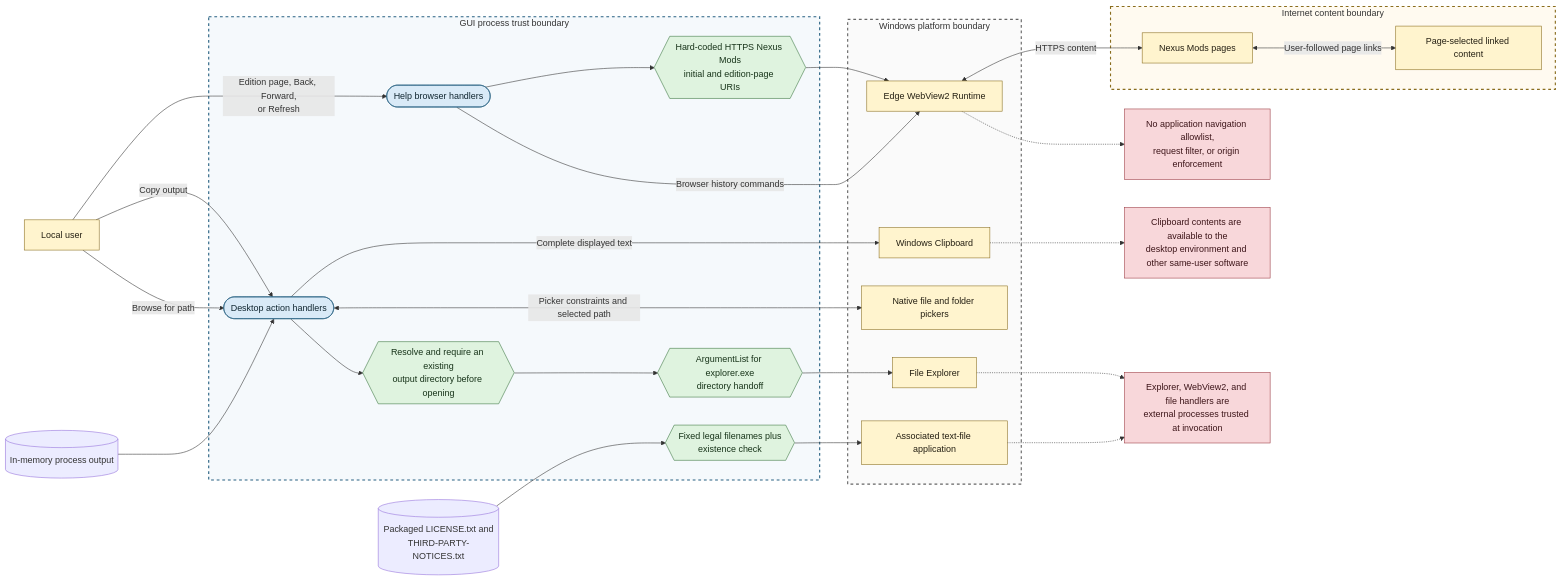
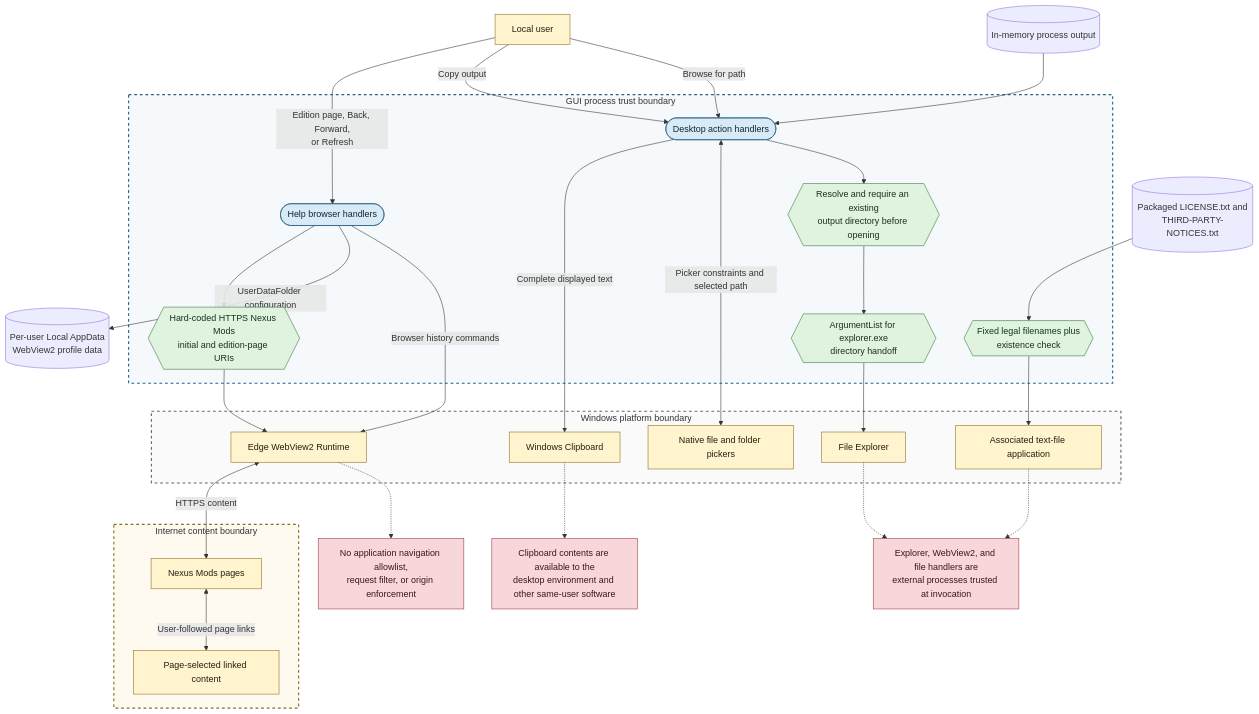
The second of 2 diagrams in docs/architecture/diagrams/security/webview-and-desktop-integration-security.md (Arron-Dominion/ChampollionGraphicalUserInterface), drawn with Mermaid before and after one commit. The commit also changed other lines of this file and 16 other files, not shown here.

First line of the commit message:
Fixed WebView2 (#3)

````diff
--- a/docs/architecture/diagrams/security/webview-and-desktop-integration-security.md
+++ b/docs/architecture/diagrams/security/webview-and-desktop-integration-security.md
@@ -33,59 +33,61 @@
 ```mermaid
-flowchart LR
+flowchart TB
     user["Local user"]:::external
 
     subgraph guiBoundary["GUI process trust boundary"]
         help(["Help browser handlers"]):::component
         desktop(["Desktop action handlers"]):::component
         fixedUris{{"Hard-coded HTTPS Nexus Mods<br/>initial and edition-page URIs"}}:::control
         fixedDocs{{"Fixed legal filenames plus<br/>existence check"}}:::control
         existingFolder{{"Resolve and require an existing<br/>output directory before opening"}}:::control
         structuredShell{{"ArgumentList for explorer.exe<br/>directory handoff"}}:::control
     end
 
     subgraph osBoundary["Windows platform boundary"]
         webView["Edge WebView2 Runtime"]:::external
         clipboard["Windows Clipboard"]:::external
         explorer["File Explorer"]:::external
         associatedApp["Associated text-file application"]:::external
         pickers["Native file and folder pickers"]:::external
     end
 
     subgraph internetBoundary["Internet content boundary"]
         nexus["Nexus Mods pages"]:::external
         linkedSites["Page-selected linked content"]:::external
     end
 
     legal[("Packaged LICENSE.txt and<br/>THIRD-PARTY-NOTICES.txt")]
     output[("In-memory process output")]
+    webViewData[("Per-user Local AppData<br/>WebView2 profile data")]
 
     user -->|"Edition page, Back, Forward,<br/>or Refresh"| help
     help --> fixedUris --> webView
+    help -->|"UserDataFolder configuration"| webViewData
     webView <-->|"HTTPS content"| nexus
     nexus <-->|"User-followed page links"| linkedSites
     help -->|"Browser history commands"| webView
 
     user -->|"Copy output"| desktop
     output --> desktop -->|"Complete displayed text"| clipboard
     user -->|"Browse for path"| desktop
     desktop <-->|"Picker constraints and selected path"| pickers
     desktop --> existingFolder --> structuredShell --> explorer
     legal --> fixedDocs --> associatedApp
 
     navigationRisk["No application navigation allowlist,<br/>request filter, or origin enforcement"]:::risk
     clipboardRisk["Clipboard contents are available to the<br/>desktop environment and other same-user software"]:::risk
     handlerRisk["Explorer, WebView2, and file handlers are<br/>external processes trusted at invocation"]:::risk
 
     webView -.-> navigationRisk
     clipboard -.-> clipboardRisk
     explorer -.-> handlerRisk
     associatedApp -.-> handlerRisk
 
     classDef external fill:#fff4ce,stroke:#8a6d1d,color:#241f12
     classDef component fill:#d9eaf7,stroke:#286182,color:#102630
     classDef control fill:#dff3df,stroke:#39733d,color:#173319
     classDef risk fill:#f8d7da,stroke:#9b3a42,color:#3d1519
     style guiBoundary fill:#f5f9fc,stroke:#286182,stroke-width:2px,stroke-dasharray:5 5
     style osBoundary fill:#fafafa,stroke:#666,stroke-width:2px,stroke-dasharray:5 5
     style internetBoundary fill:#fffaf0,stroke:#8a6d1d,stroke-width:2px,stroke-dasharray:5 5
 ```
````
